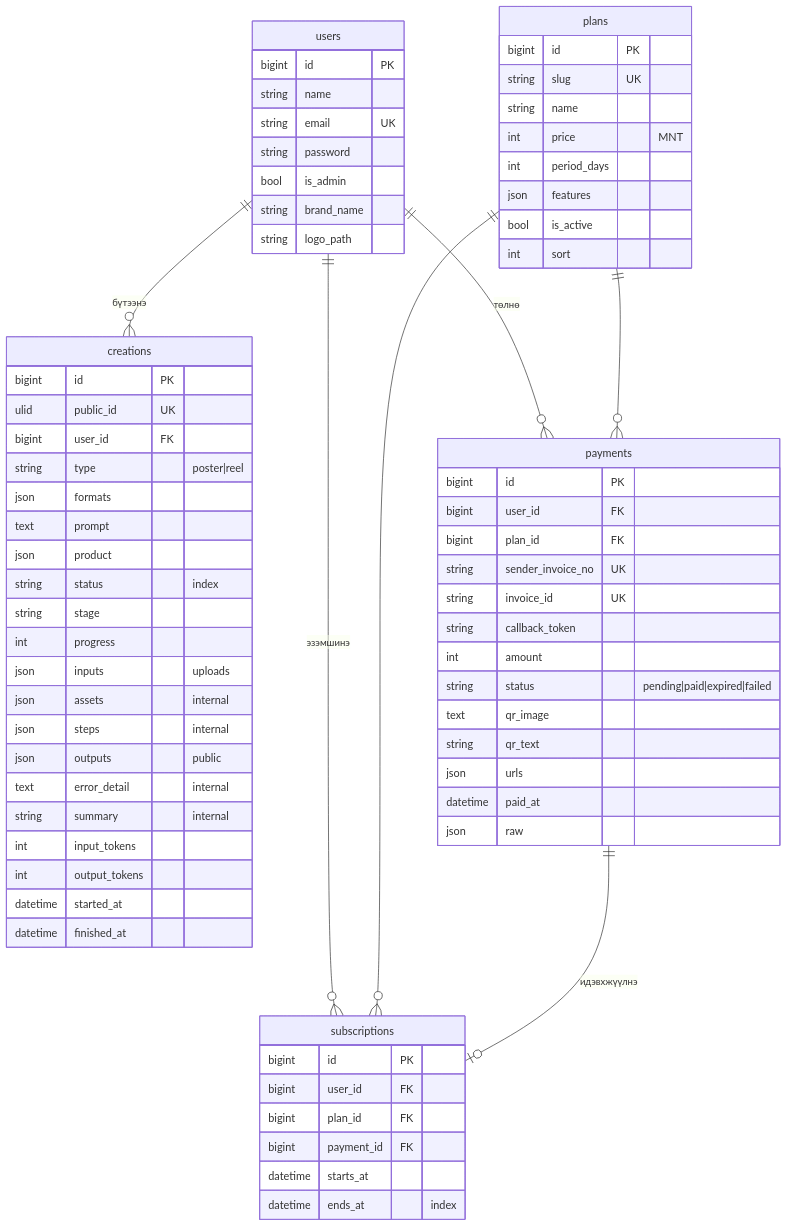
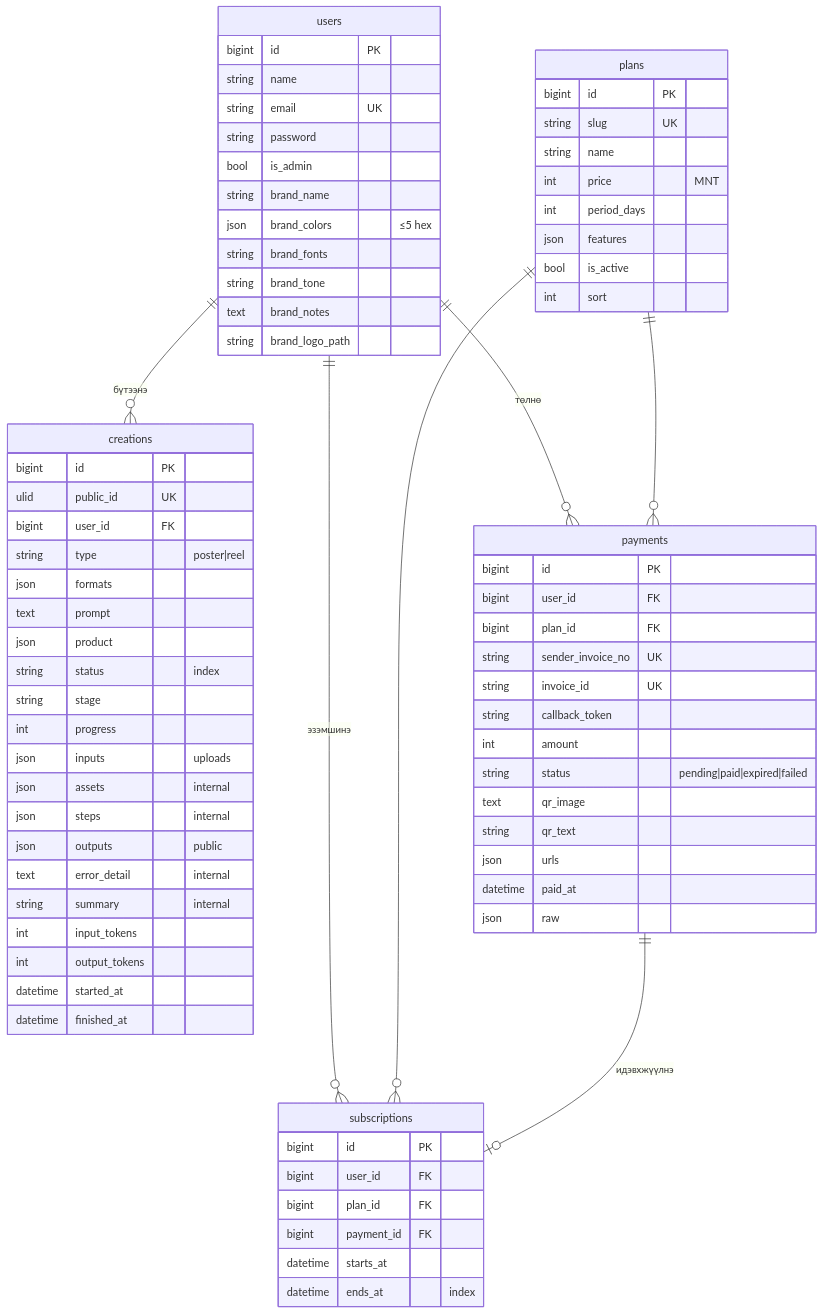
One commit to nuidea77/poster-generator changed the fourth of 4 diagrams in docs/SRS.md. Above: the diagram before and after it, drawn with Mermaid. The commit also changed other lines of this file and 28 other files, not shown here.

Commit message:
Brand kit on the account (colours, fonts, tone, notes, saved logo reused), customer ratings with DesignMemory, admin style-reference library (ReferenceLibrary)

````diff
--- a/docs/SRS.md
+++ b/docs/SRS.md
@@ -178,74 +178,78 @@
 ```mermaid
 erDiagram
     users ||--o{ creations : "бүтээнэ"
     users ||--o{ subscriptions : "эзэмшинэ"
     users ||--o{ payments : "төлнө"
     plans ||--o{ subscriptions : ""
     plans ||--o{ payments : ""
     payments ||--o| subscriptions : "идэвхжүүлнэ"
 
     users {
         bigint id PK
         string name
         string email UK
         string password
         bool is_admin
         string brand_name
-        string logo_path
+        json brand_colors "≤5 hex"
+        string brand_fonts
+        string brand_tone
+        text brand_notes
+        string brand_logo_path
     }
     plans {
         bigint id PK
         string slug UK
         string name
         int price "MNT"
         int period_days
         json features
         bool is_active
         int sort
     }
     subscriptions {
         bigint id PK
         bigint user_id FK
         bigint plan_id FK
         bigint payment_id FK
         datetime starts_at
         datetime ends_at "index"
     }
     payments {
         bigint id PK
         bigint user_id FK
         bigint plan_id FK
         string sender_invoice_no UK
         string invoice_id UK
         string callback_token
         int amount
         string status "pending|paid|expired|failed"
         text qr_image
         string qr_text
         json urls
         datetime paid_at
         json raw
     }
     creations {
         bigint id PK
         ulid public_id UK
         bigint user_id FK
         string type "poster|reel"
         json formats
         text prompt
         json product
         string status "index"
         string stage
         int progress
         json inputs "uploads"
         json assets "internal"
         json steps "internal"
         json outputs "public"
         text error_detail "internal"
         string summary "internal"
         int input_tokens
         int output_tokens
         datetime started_at
         datetime finished_at
     }
 ```
````
